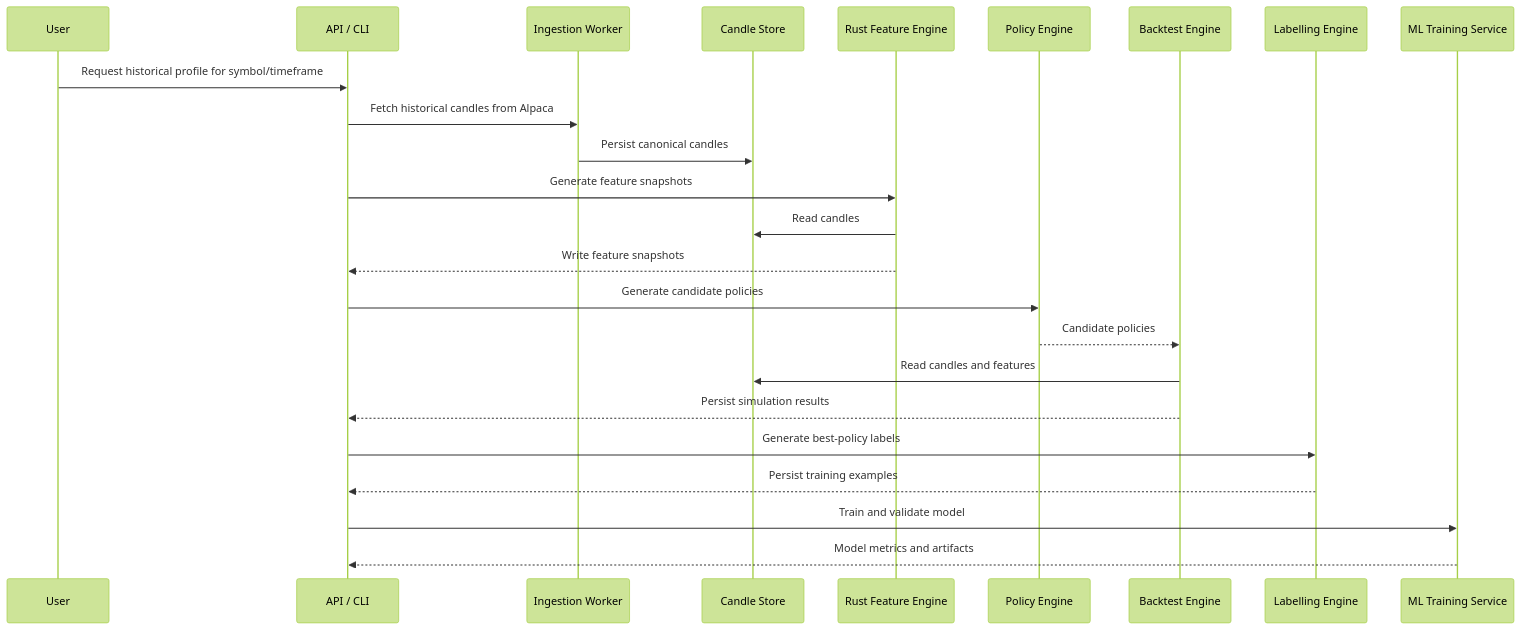
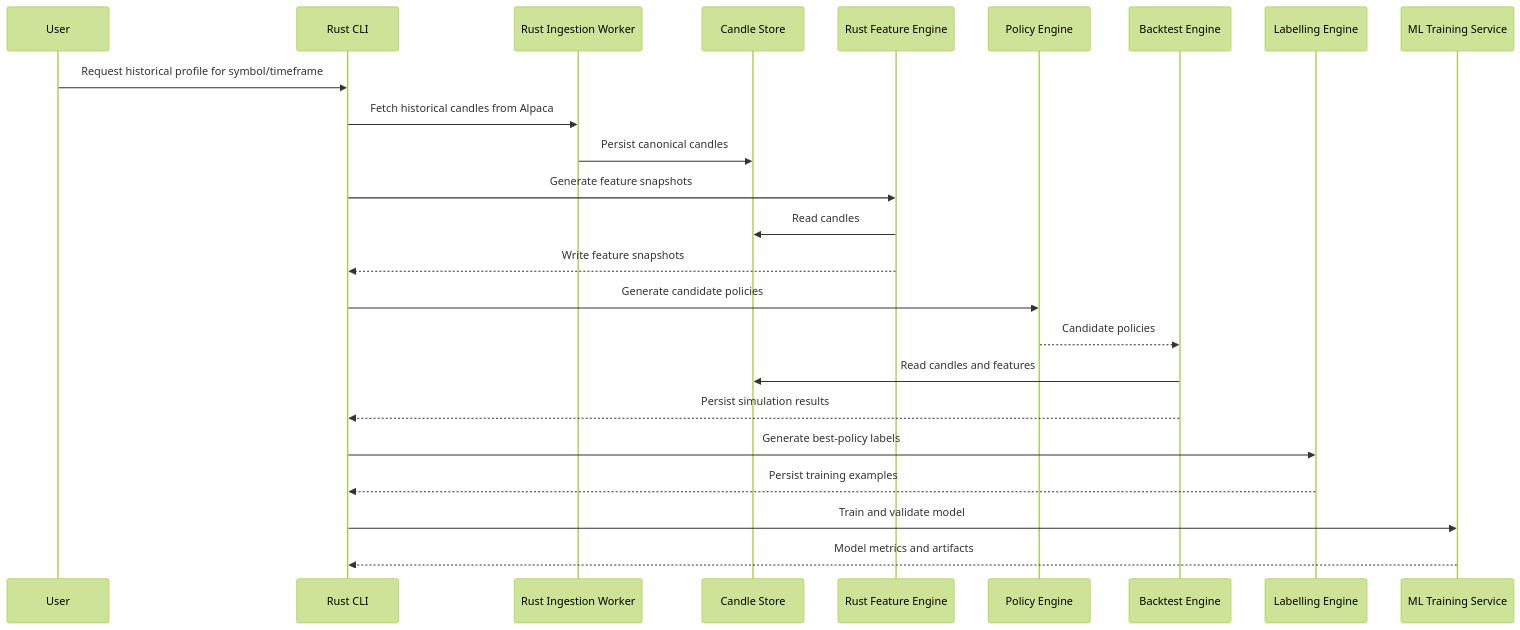
One commit to SolStis86/trade-engine changed the second of 4 diagrams in docs/components/00-component-map.md. Above: the diagram before and after it, drawn with Mermaid (forest theme). The commit also changed other lines of this file, not shown here.

Commit message:
Update component map for Rust ingest

````diff
--- a/docs/components/00-component-map.md
+++ b/docs/components/00-component-map.md
@@ -58,27 +58,27 @@
 ```mermaid
 sequenceDiagram
     participant User
-    participant API as API / CLI
-    participant Ingest as Ingestion Worker
+    participant CLI as Rust CLI
+    participant Ingest as Rust Ingestion Worker
     participant Store as Candle Store
     participant Feature as Rust Feature Engine
     participant Policy as Policy Engine
     participant Backtest as Backtest Engine
     participant Label as Labelling Engine
     participant ML as ML Training Service
 
-    User->>API: Request historical profile for symbol/timeframe
-    API->>Ingest: Fetch historical candles from Alpaca
+    User->>CLI: Request historical profile for symbol/timeframe
+    CLI->>Ingest: Fetch historical candles from Alpaca
     Ingest->>Store: Persist canonical candles
-    API->>Feature: Generate feature snapshots
+    CLI->>Feature: Generate feature snapshots
     Feature->>Store: Read candles
-    Feature-->>API: Write feature snapshots
-    API->>Policy: Generate candidate policies
+    Feature-->>CLI: Write feature snapshots
+    CLI->>Policy: Generate candidate policies
     Policy-->>Backtest: Candidate policies
     Backtest->>Store: Read candles and features
-    Backtest-->>API: Persist simulation results
-    API->>Label: Generate best-policy labels
-    Label-->>API: Persist training examples
-    API->>ML: Train and validate model
-    ML-->>API: Model metrics and artifacts
+    Backtest-->>CLI: Persist simulation results
+    CLI->>Label: Generate best-policy labels
+    Label-->>CLI: Persist training examples
+    CLI->>ML: Train and validate model
+    ML-->>CLI: Model metrics and artifacts
 ```
````
